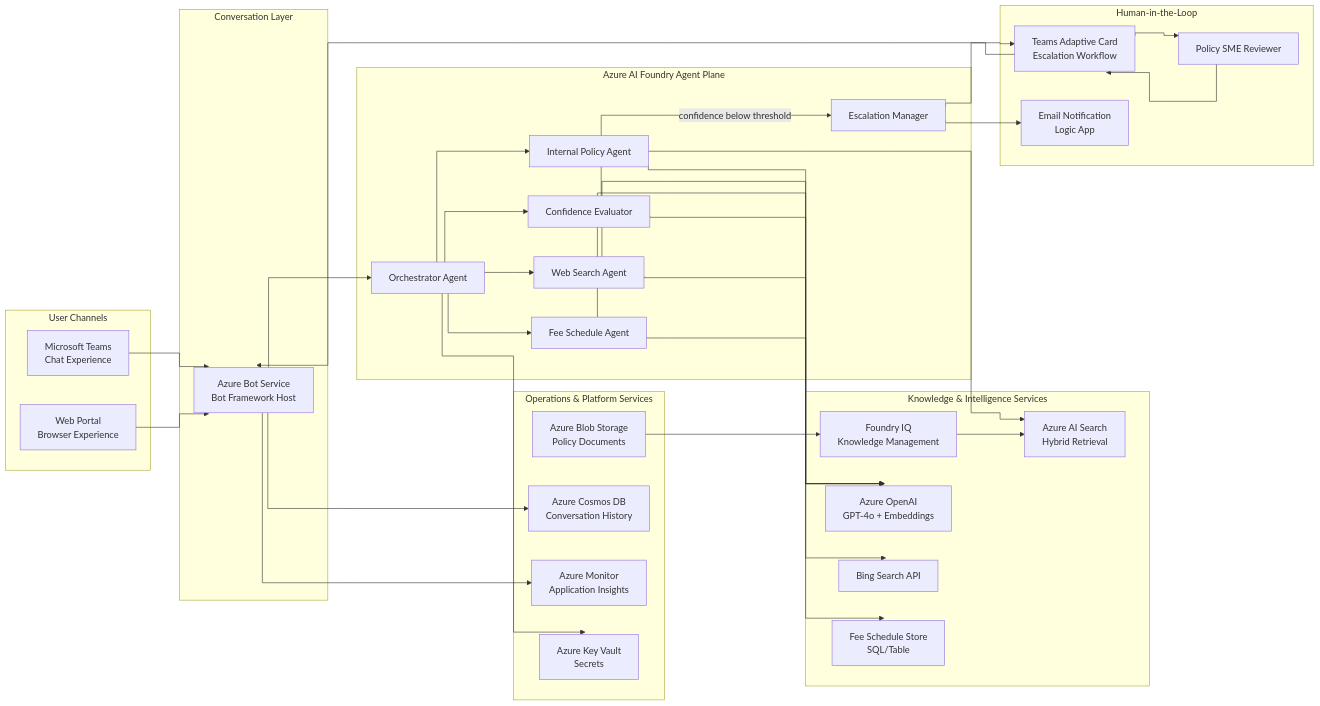
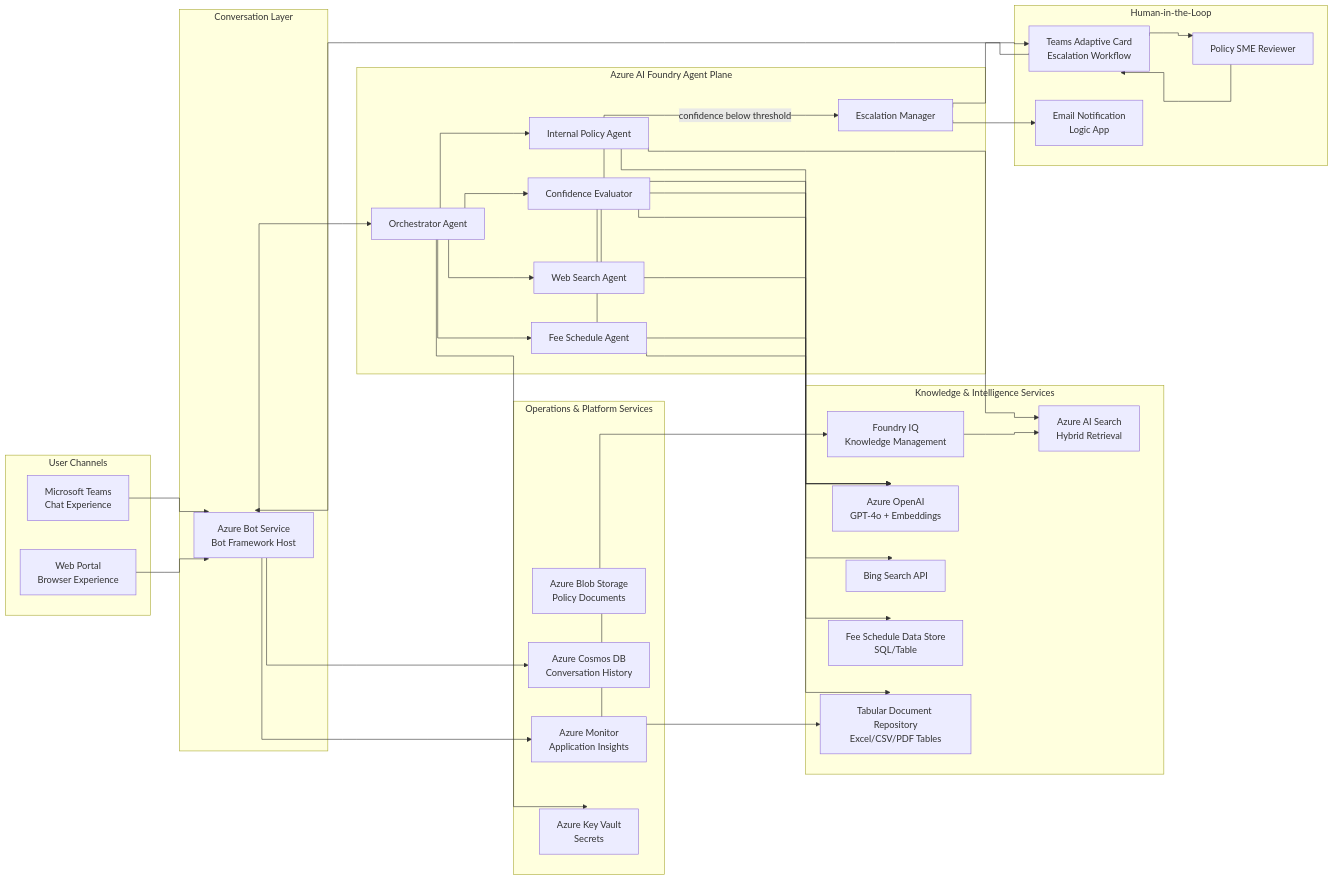
The first of 2 diagrams in policybot/docs/architecture.md (ricardo-msft-SE/flhack-ahca), drawn with Mermaid before and after one commit. The commit also changed 2 other files, not shown here.

Commit message:
docs: expand Fee Schedule Agent for LLM-powered complex table analysis

````diff
--- a/policybot/docs/architecture.md
+++ b/policybot/docs/architecture.md
@@ -22,72 +22,75 @@
 ```mermaid
 %%{init: {'flowchart': {'curve': 'stepBefore'}}}%%
 flowchart LR
     subgraph CHANNELS["User Channels"]
         TEAMS["Microsoft Teams\nChat Experience"]
         WEB["Web Portal\nBrowser Experience"]
     end
 
     subgraph ENGAGEMENT["Conversation Layer"]
         BOT["Azure Bot Service\nBot Framework Host"]
     end
 
     subgraph AGENTS["Azure AI Foundry Agent Plane"]
         OA["Orchestrator Agent"]
         IPA["Internal Policy Agent"]
         WSA["Web Search Agent"]
         FSA["Fee Schedule Agent"]
         CE["Confidence Evaluator"]
         EM["Escalation Manager"]
     end
 
     subgraph KNOWLEDGE["Knowledge & Intelligence Services"]
         FIQ["Foundry IQ\nKnowledge Management"]
         AISEARCH["Azure AI Search\nHybrid Retrieval"]
         AOAI["Azure OpenAI\nGPT-4o + Embeddings"]
         BING["Bing Search API"]
-        FEEDB["Fee Schedule Store\nSQL/Table"]
+        FEEDB["Fee Schedule Data Store\nSQL/Table"]
+        TABDOC["Tabular Document Repository\nExcel/CSV/PDF Tables"]
     end
 
     subgraph OPERATIONS["Operations & Platform Services"]
         BLOB["Azure Blob Storage\nPolicy Documents"]
         COSMOS["Azure Cosmos DB\nConversation History"]
         MONITOR["Azure Monitor\nApplication Insights"]
         KV["Azure Key Vault\nSecrets"]
     end
 
     subgraph HITL["Human-in-the-Loop"]
         TEAMSCARD["Teams Adaptive Card\nEscalation Workflow"]
         EMAIL["Email Notification\nLogic App"]
         REVIEWER["Policy SME Reviewer"]
     end
 
     TEAMS --> BOT
     WEB --> BOT
     BOT --> OA
 
     OA --> IPA
     OA --> WSA
     OA --> FSA
     OA --> CE
 
     IPA --> AISEARCH
     IPA --> AOAI
     WSA --> BING
     WSA --> AOAI
     FSA --> FEEDB
+    FSA --> TABDOC
     FSA --> AOAI
     CE --> AOAI
 
     CE -- "confidence below threshold" --> EM
     EM --> TEAMSCARD
     EM --> EMAIL
     TEAMSCARD --> REVIEWER
     REVIEWER --> TEAMSCARD
     TEAMSCARD --> BOT
 
     BLOB --> FIQ
+    BLOB --> TABDOC
     FIQ --> AISEARCH
     BOT --> COSMOS
     BOT --> MONITOR
     OA --> KV
 ```
````
